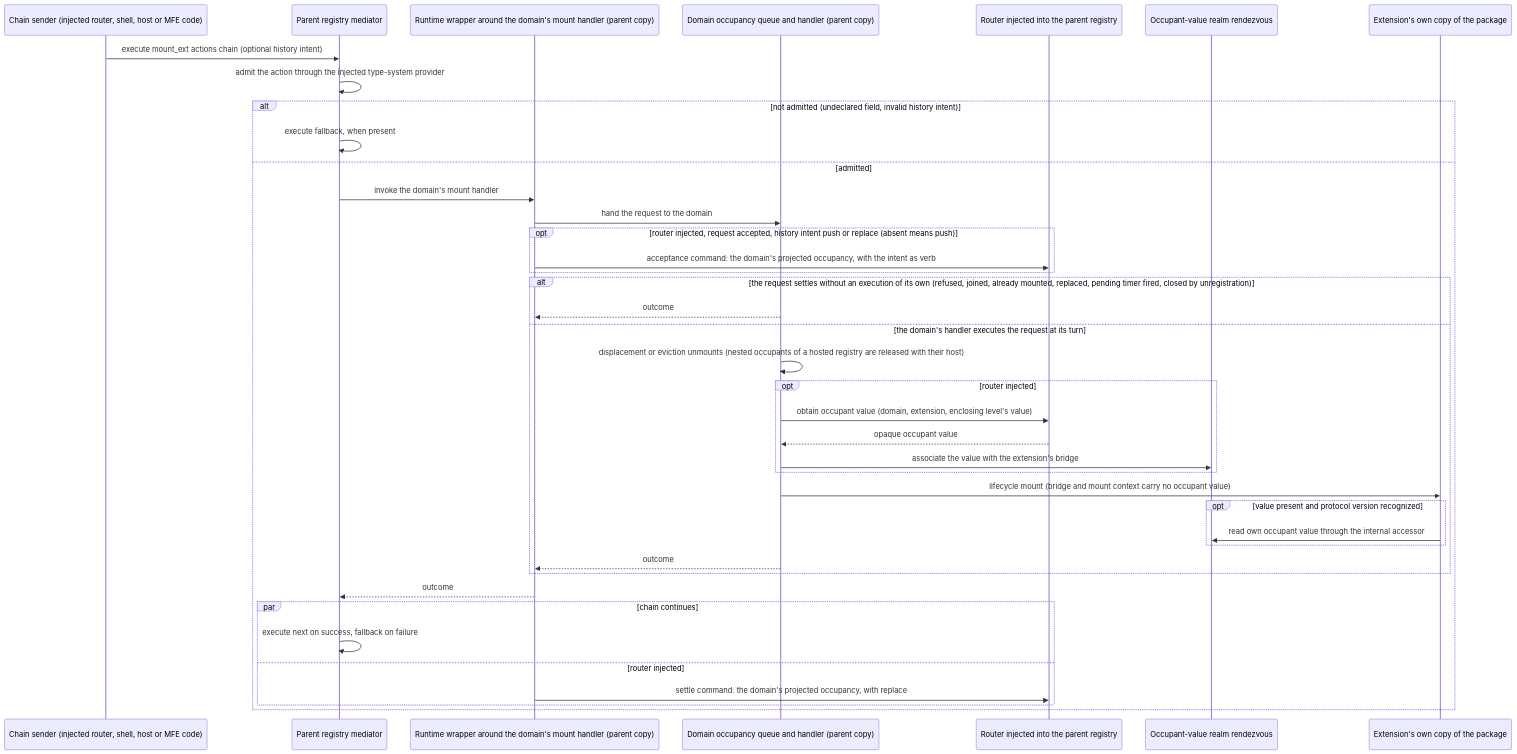
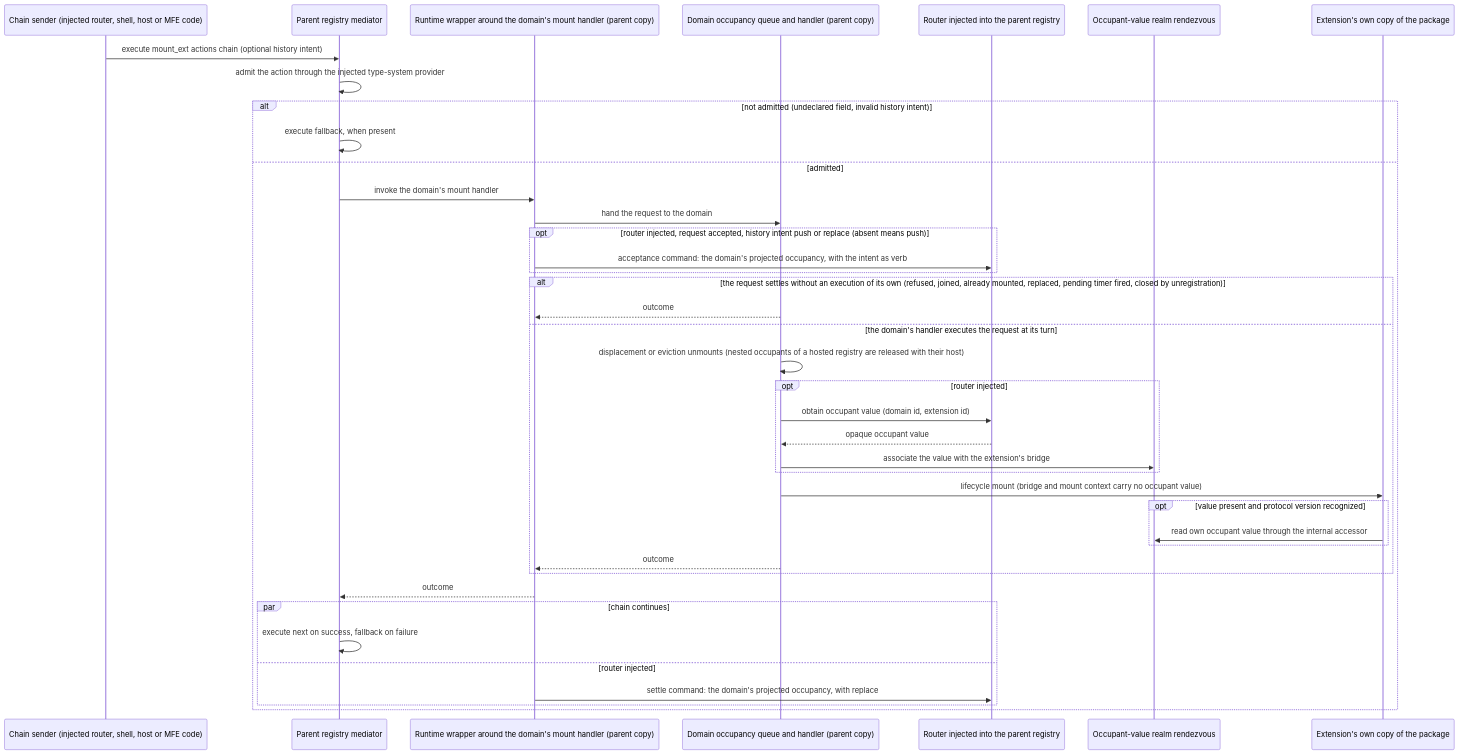
Before and after one commit to GeraBart/gears-frontx: the fourth of 5 diagrams in packages/mfes/architecture/DESIGN.md, drawn with Mermaid. The commit also changed other lines of this file and 131 other files, not shown here.

````diff
--- a/packages/mfes/architecture/DESIGN.md
+++ b/packages/mfes/architecture/DESIGN.md
@@ -439,42 +442,42 @@
 ```mermaid
 sequenceDiagram
     participant Snd as Chain sender (injected router, shell, host or MFE code)
     participant Med as Parent registry mediator
     participant Wr as Runtime wrapper around the domain's mount handler (parent copy)
     participant Dom as Domain occupancy queue and handler (parent copy)
     participant Rt as Router injected into the parent registry
     participant RV as Occupant-value realm rendezvous
     participant Child as Extension's own copy of the package
     Snd->>Med: execute mount_ext actions chain (optional history intent)
     Med->>Med: admit the action through the injected type-system provider
     alt not admitted (undeclared field, invalid history intent)
         Med->>Med: execute fallback, when present
     else admitted
         Med->>Wr: invoke the domain's mount handler
         Wr->>Dom: hand the request to the domain
         opt router injected, request accepted, history intent push or replace (absent means push)
             Wr->>Rt: acceptance command: the domain's projected occupancy, with the intent as verb
         end
         alt the request settles without an execution of its own (refused, joined, already mounted, replaced, pending timer fired, closed by unregistration)
             Dom-->>Wr: outcome
         else the domain's handler executes the request at its turn
             Dom->>Dom: displacement or eviction unmounts (nested occupants of a hosted registry are released with their host)
             opt router injected
-                Dom->>Rt: obtain occupant value (domain, extension, enclosing level's value)
+                Dom->>Rt: obtain occupant value (domain id, extension id)
                 Rt-->>Dom: opaque occupant value
                 Dom->>RV: associate the value with the extension's bridge
             end
             Dom->>Child: lifecycle mount (bridge and mount context carry no occupant value)
             opt value present and protocol version recognized
                 Child->>RV: read own occupant value through the internal accessor
             end
             Dom-->>Wr: outcome
         end
         Wr-->>Med: outcome
         par chain continues
             Med->>Med: execute next on success, fallback on failure
         and router injected
             Wr->>Rt: settle command: the domain's projected occupancy, with replace
         end
     end
 ```
````
